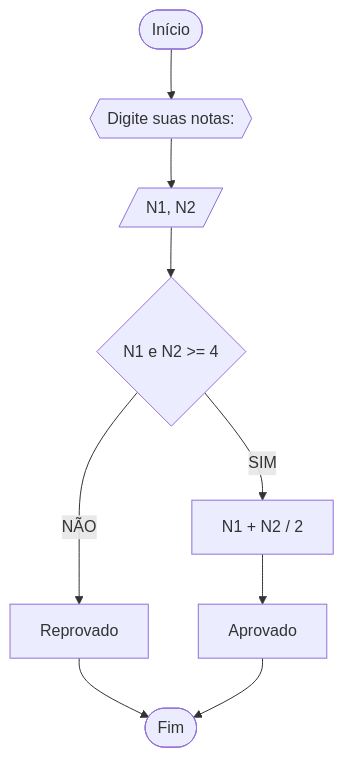
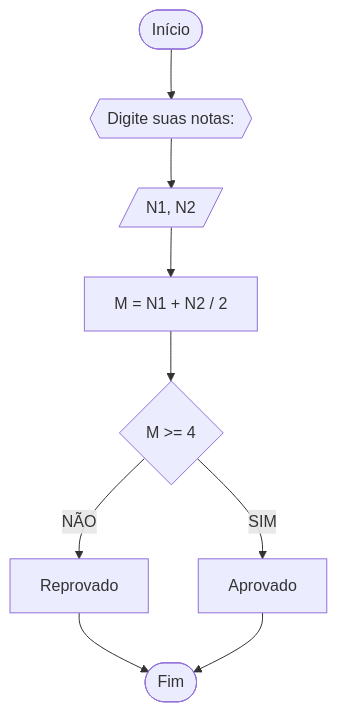
Before and after one commit to Jandih/Unifor: the first of 4 diagrams in RLA/lista_exercicio.md, drawn with Mermaid. The commit also changed other lines of this file, not shown here.

`````diff
--- a/RLA/lista_exercicio.md
+++ b/RLA/lista_exercicio.md
@@ -8,11 +8,11 @@
 ````mermaid
 flowchart TD
-A([Início]) --> B{{ Digite suas notas:}}
+A([Início]) --> B{{Digite suas notas:}}
 B --> C[/N1, N2/]
-C --> D{N1 e N2 >= 4}
-D --NÃO--> E[Reprovado]
-E --> H([Fim])
-D --SIM--> F[N1 + N2 / 2]
-F --> G[Aprovado]
+C --> D[M = N1 + N2 / 2]
+D --> E{M >= 4}
+E --NÃO--> F[Reprovado]
+F --> H([Fim])
+E --SIM--> G[Aprovado]
 G --> H
 ````
`````
